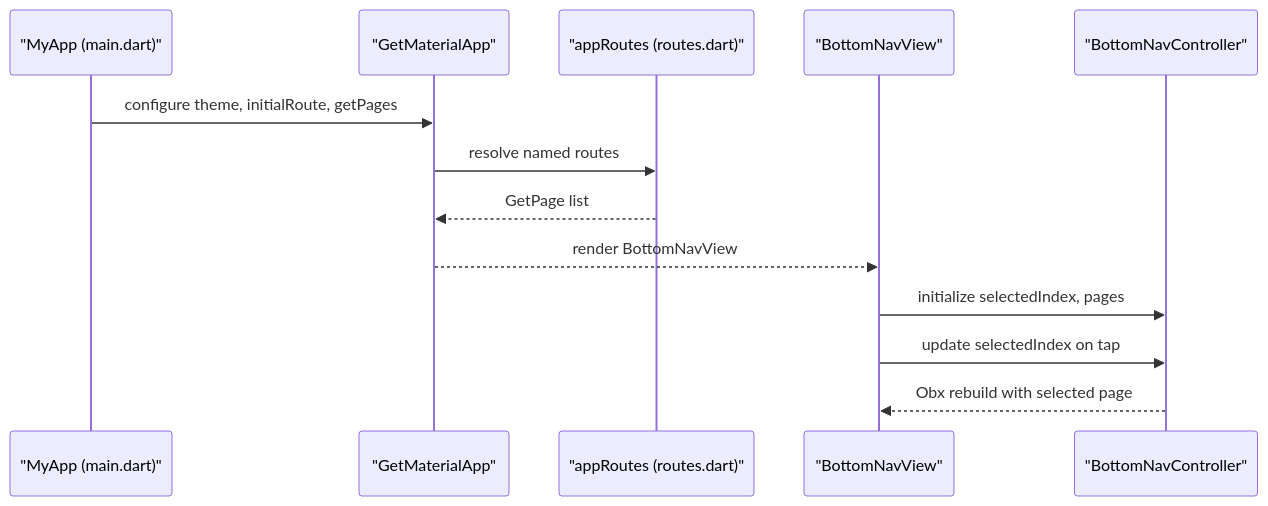
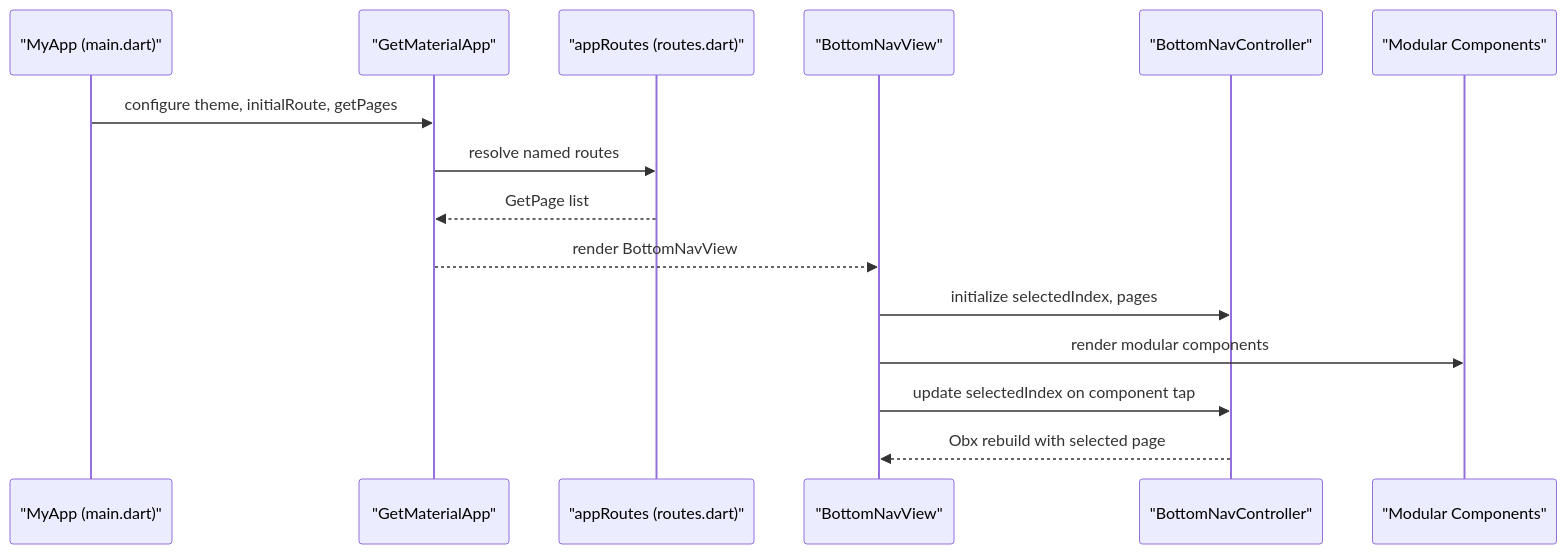
Before and after one commit to Ariful3111/FurniGo: the second of 9 diagrams in .qoder/repowiki/en/content/Core Features/Dashboard and Navigation.md, drawn with Mermaid. The commit also changed other lines of this file and 11 other files, not shown here.

````diff
--- a/.qoder/repowiki/en/content/Core Features/Dashboard and Navigation.md
+++ b/.qoder/repowiki/en/content/Core Features/Dashboard and Navigation.md
@@ -101,15 +137,17 @@
 ```mermaid
 sequenceDiagram
 participant App as "MyApp (main.dart)"
 participant Router as "GetMaterialApp"
 participant Routes as "appRoutes (routes.dart)"
 participant Nav as "BottomNavView"
 participant Ctrl as "BottomNavController"
+participant Items as "Modular Components"
 App->>Router : configure theme, initialRoute, getPages
 Router->>Routes : resolve named routes
 Routes-->>Router : GetPage list
 Router-->>Nav : render BottomNavView
 Nav->>Ctrl : initialize selectedIndex, pages
-Nav->>Ctrl : update selectedIndex on tap
+Nav->>Items : render modular components
+Nav->>Ctrl : update selectedIndex on component tap
 Ctrl-->>Nav : Obx rebuild with selected page
 ```
````
